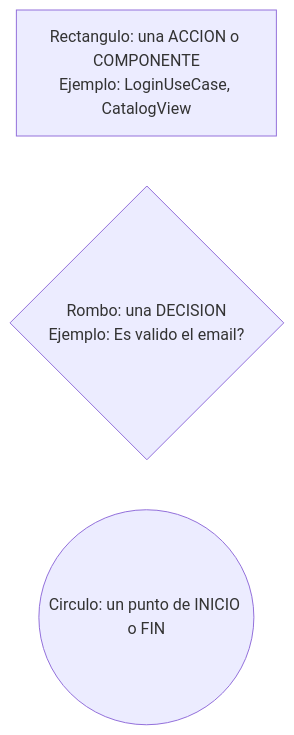
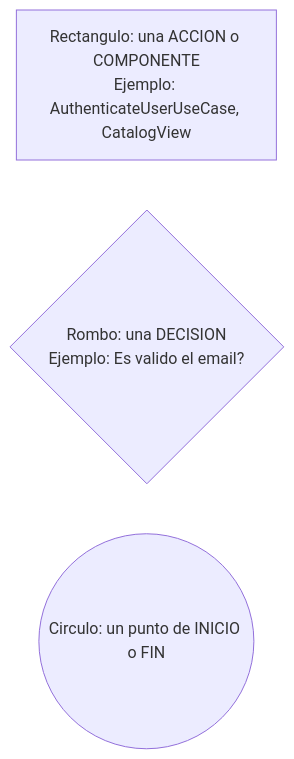
Before and after one commit to SwiftEnProfundidad/stack-my-architecture-ios: the third of 6 diagrams in 01-fundamentos/00-introduccion.md, drawn with Mermaid. The commit also changed other lines of this file and 50 other files, not shown here.

````diff
--- a/01-fundamentos/00-introduccion.md
+++ b/01-fundamentos/00-introduccion.md
@@ -233,6 +261,6 @@
 ```mermaid
 graph LR
-    A["Rectangulo: una ACCION o COMPONENTE<br/>Ejemplo: LoginUseCase, CatalogView"]
+    A["Rectangulo: una ACCION o COMPONENTE<br/>Ejemplo: AuthenticateUserUseCase, CatalogView"]
     B{"Rombo: una DECISION<br/>Ejemplo: Es valido el email?"}
     C(("Circulo: un punto de INICIO o FIN"))
 ```
````
